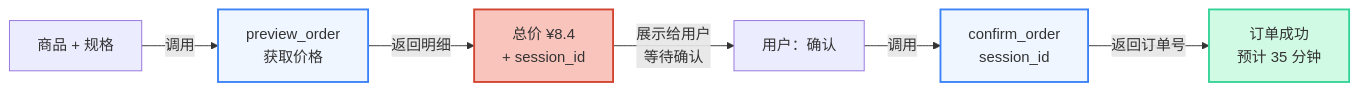
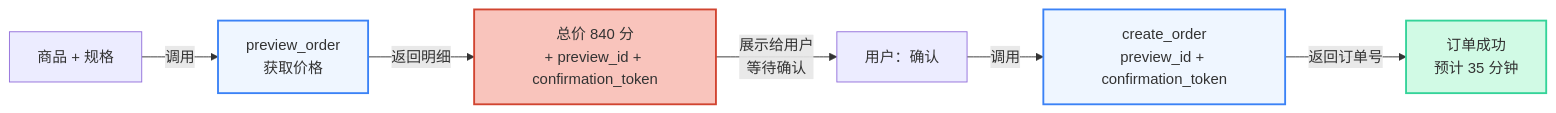
One commit to clawdot/docs changed the third of 3 diagrams in super-agent/food-delivery.mdx. Above: the diagram before and after it, drawn with Mermaid. The commit also changed other lines of this file and 20 other files, not shown here.

````diff
--- a/super-agent/food-delivery.mdx
+++ b/super-agent/food-delivery.mdx
@@ -200,13 +219,13 @@
 ```mermaid
 graph LR
   A["商品 + 规格"] -->|调用| B["preview_order<br/>获取价格"]
-  B -->|返回明细| C["总价 ¥8.4<br/>+ session_id"]
+  B -->|返回明细| C["总价 840 分<br/>+ preview_id + confirmation_token"]
   C -->|展示给用户<br/>等待确认| D["用户：确认"]
-  D -->|调用| E["confirm_order<br/>session_id"]
+  D -->|调用| E["create_order<br/>preview_id + confirmation_token"]
   E -->|返回订单号| F["订单成功<br/>预计 35 分钟"]
 
   style B fill:#EFF6FF,stroke:#3B82F6,stroke-width:2px
   style C fill:#f9c4bc,stroke:#D14430,stroke-width:2px
   style E fill:#EFF6FF,stroke:#3B82F6,stroke-width:2px
   style F fill:#D1FAE5,stroke:#34D399,stroke-width:2px
 ```
````
